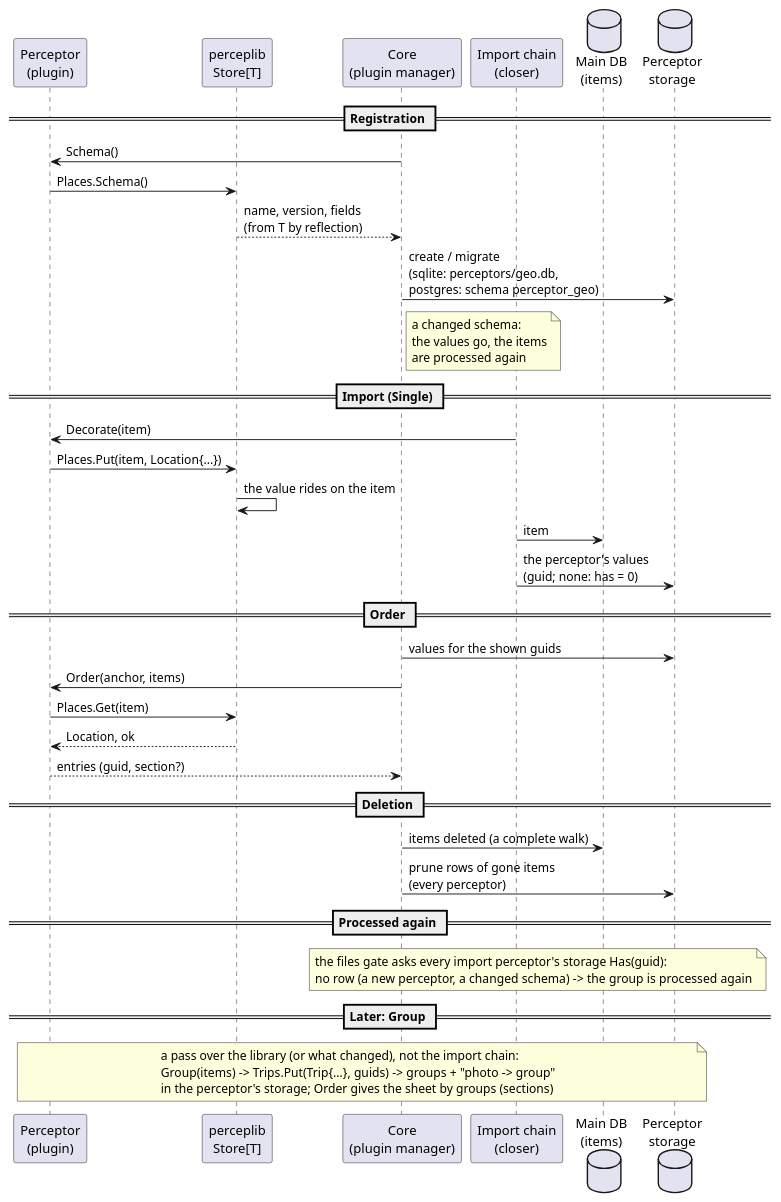
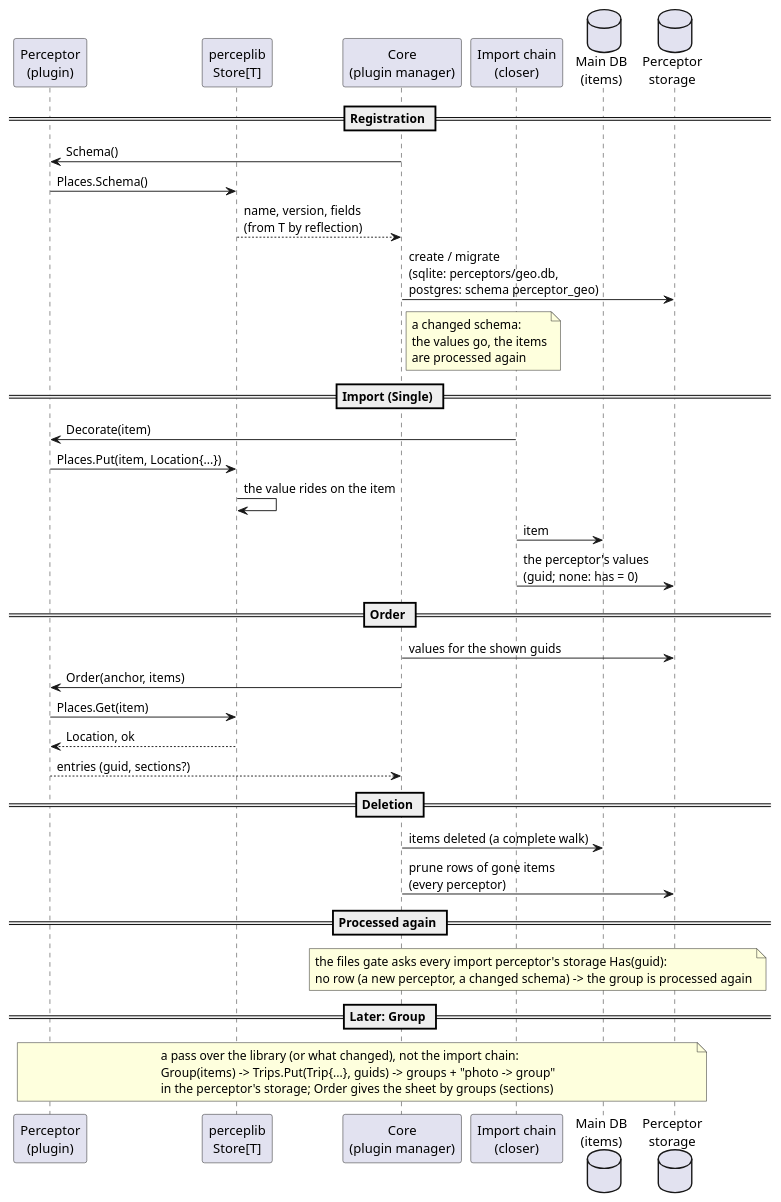
The diagram in _sb/puml/Perceptor data.puml (eggs-gd/Perceptrail), drawn with PlantUML before and after one commit. The commit also changed 18 other files, not shown here.

```diff
--- a/_sb/puml/Perceptor data.puml
+++ b/_sb/puml/Perceptor data.puml
@@ -1,42 +1,42 @@
 @startuml Perceptor data
 ' Perceptor data: the plugin declares a struct, the core keeps the storage.
 ' SQLite: a file per perceptor; Postgres: a schema per perceptor.
 
 participant "Perceptor\n(plugin)" as P
 participant "perceplib\nStore[T]" as S
 participant "Core\n(plugin manager)" as Core
 participant "Import chain\n(closer)" as Chain
 database "Main DB\n(items)" as DB
 database "Perceptor\nstorage" as PDB
 
 == Registration ==
 Core -> P: Schema()
 P -> S: Places.Schema()
 S --> Core: name, version, fields\n(from T by reflection)
 Core -> PDB: create / migrate\n(sqlite: perceptors/geo.db,\npostgres: schema perceptor_geo)
 note right of Core: a changed schema:\nthe values go, the items\nare processed again
 
 == Import (Single) ==
 Chain -> P: Decorate(item)
 P -> S: Places.Put(item, Location{...})
 S -> S: the value rides on the item
 Chain -> DB: item
 Chain -> PDB: the perceptor's values\n(guid; none: has = 0)
 
 == Order ==
 Core -> PDB: values for the shown guids
 Core -> P: Order(anchor, items)
 P -> S: Places.Get(item)
 S --> P: Location, ok
-P --> Core: entries (guid, section?)
+P --> Core: entries (guid, sections?)
 
 == Deletion ==
 Core -> DB: items deleted (a complete walk)
 Core -> PDB: prune rows of gone items\n(every perceptor)
 
 == Processed again ==
 note over Core, PDB: the files gate asks every import perceptor's storage Has(guid):\nno row (a new perceptor, a changed schema) -> the group is processed again
 
 == Later: Group ==
 note over P, PDB: a pass over the library (or what changed), not the import chain:\nGroup(items) -> Trips.Put(Trip{...}, guids) -> groups + "photo -> group"\nin the perceptor's storage; Order gives the sheet by groups (sections)
 @enduml
```
